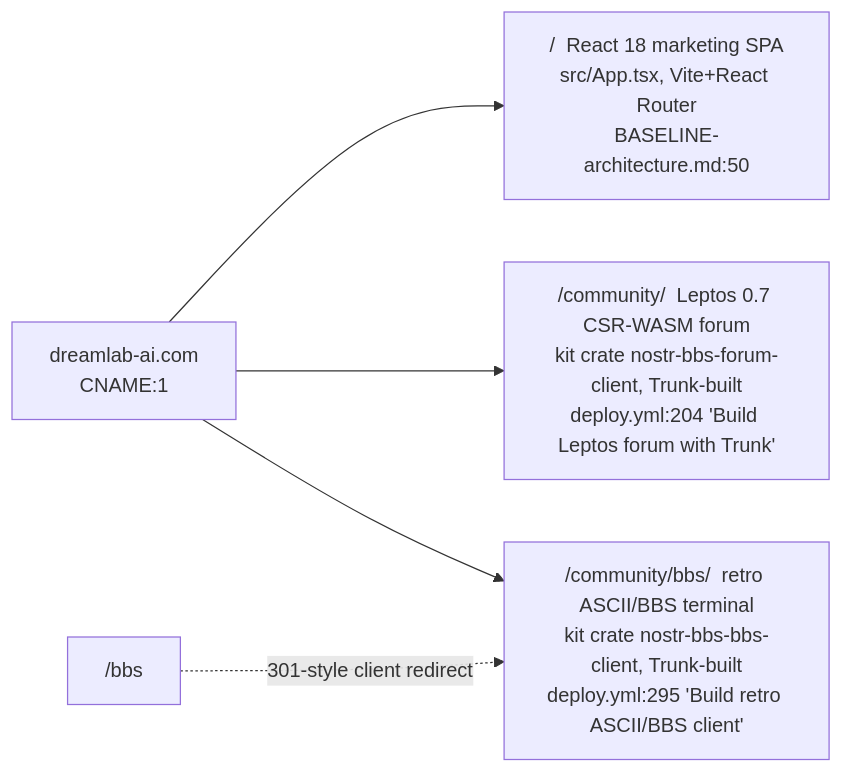
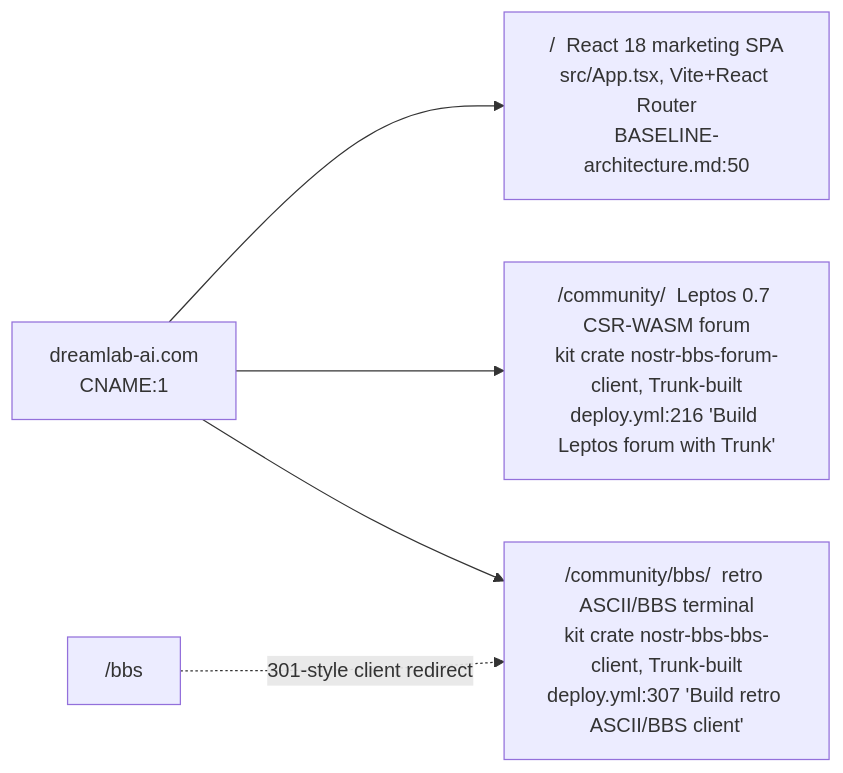
One commit to DreamLab-AI/VisionFlow changed the second of 7 diagrams in docs/diagrams/dreamlab-ai-website/01-repo-composition-and-deploy-topology.md. Above: the diagram before and after it, drawn with Mermaid. The commit also changed other lines of this file and 136 other files, not shown here.

First line of the commit message:
docs(diagrams): refresh the whole corpus to code HEAD and prune low-value diagrams

````diff
--- a/docs/diagrams/dreamlab-ai-website/01-repo-composition-and-deploy-topology.md
+++ b/docs/diagrams/dreamlab-ai-website/01-repo-composition-and-deploy-topology.md
@@ -37,7 +37,7 @@
 ```mermaid
 flowchart LR
     ORIGIN["dreamlab-ai.com<br/>CNAME:1"] --> ROOT["/  React 18 marketing SPA<br/>src/App.tsx, Vite+React Router<br/>BASELINE-architecture.md:50"]
-    ORIGIN --> COMM["/community/  Leptos 0.7 CSR-WASM forum<br/>kit crate nostr-bbs-forum-client, Trunk-built<br/>deploy.yml:204 'Build Leptos forum with Trunk'"]
-    ORIGIN --> BBS["/community/bbs/  retro ASCII/BBS terminal<br/>kit crate nostr-bbs-bbs-client, Trunk-built<br/>deploy.yml:295 'Build retro ASCII/BBS client'"]
+    ORIGIN --> COMM["/community/  Leptos 0.7 CSR-WASM forum<br/>kit crate nostr-bbs-forum-client, Trunk-built<br/>deploy.yml:216 'Build Leptos forum with Trunk'"]
+    ORIGIN --> BBS["/community/bbs/  retro ASCII/BBS terminal<br/>kit crate nostr-bbs-bbs-client, Trunk-built<br/>deploy.yml:307 'Build retro ASCII/BBS client'"]
     LEGACY["/bbs"] -. "301-style client redirect" .-> BBS
 ```
````
